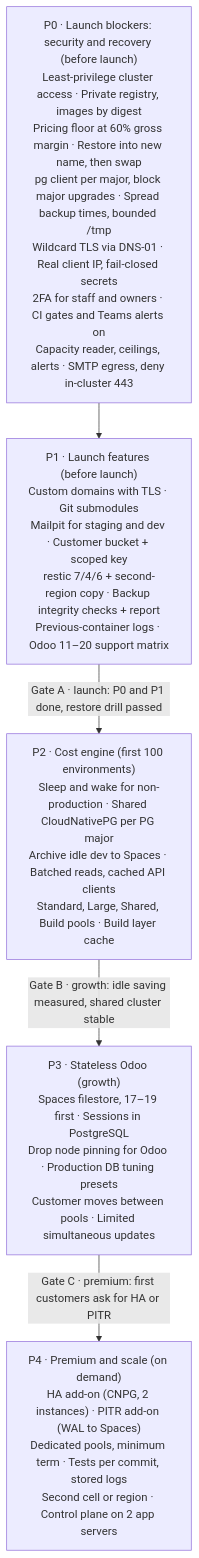
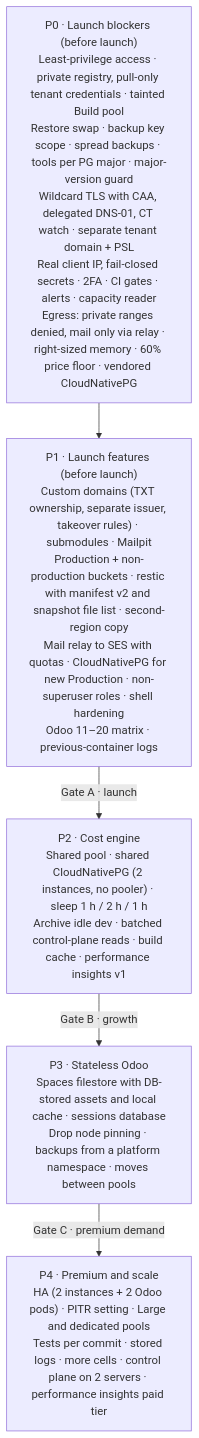
Before and after one commit to moutazmuhammad/odoo-saas-platform: the second of 2 diagrams in ARCHITECTURE-TARGET.md, drawn with Mermaid. The commit also changed other lines of this file and 1 other file, not shown here.

First line of the commit message:
Architecture revision 2: resolve eight review concerns, mail relay to SES, performance advisor

````diff
--- a/ARCHITECTURE-TARGET.md
+++ b/ARCHITECTURE-TARGET.md
@@ -308,12 +608,12 @@
 ```mermaid
 flowchart TD
-    P0["P0 · Launch blockers: security and recovery (before launch)<br/>Least-privilege cluster access · Private registry, images by digest<br/>Pricing floor at 60% gross margin · Restore into new name, then swap<br/>pg client per major, block major upgrades · Spread backup times, bounded /tmp<br/>Wildcard TLS via DNS-01 · Real client IP, fail-closed secrets<br/>2FA for staff and owners · CI gates and Teams alerts on<br/>Capacity reader, ceilings, alerts · SMTP egress, deny in-cluster 443"]
-    P1["P1 · Launch features (before launch)<br/>Custom domains with TLS · Git submodules<br/>Mailpit for staging and dev · Customer bucket + scoped key<br/>restic 7/4/6 + second-region copy · Backup integrity checks + report<br/>Previous-container logs · Odoo 11–20 support matrix"]
-    P2["P2 · Cost engine (first 100 environments)<br/>Sleep and wake for non-production · Shared CloudNativePG per PG major<br/>Archive idle dev to Spaces · Batched reads, cached API clients<br/>Standard, Large, Shared, Build pools · Build layer cache"]
-    P3["P3 · Stateless Odoo (growth)<br/>Spaces filestore, 17–19 first · Sessions in PostgreSQL<br/>Drop node pinning for Odoo · Production DB tuning presets<br/>Customer moves between pools · Limited simultaneous updates"]
-    P4["P4 · Premium and scale (on demand)<br/>HA add-on (CNPG, 2 instances) · PITR add-on (WAL to Spaces)<br/>Dedicated pools, minimum term · Tests per commit, stored logs<br/>Second cell or region · Control plane on 2 app servers"]
+    P0["P0 · Launch blockers (before launch)<br/>Least-privilege access · private registry, pull-only tenant credentials · tainted Build pool<br/>Restore swap · backup key scope · spread backups · tools per PG major · major-version guard<br/>Wildcard TLS with CAA, delegated DNS-01, CT watch · separate tenant domain + PSL<br/>Real client IP, fail-closed secrets · 2FA · CI gates · alerts · capacity reader<br/>Egress: private ranges denied, mail only via relay · right-sized memory · 60% price floor · vendored CloudNativePG"]
+    P1["P1 · Launch features (before launch)<br/>Custom domains (TXT ownership, separate issuer, takeover rules) · submodules · Mailpit<br/>Production + non-production buckets · restic with manifest v2 and snapshot file list · second-region copy<br/>Mail relay to SES with quotas · CloudNativePG for new Production · non-superuser roles · shell hardening<br/>Odoo 11–20 matrix · previous-container logs"]
+    P2["P2 · Cost engine<br/>Shared pool · shared CloudNativePG (2 instances, no pooler) · sleep 1 h / 2 h / 1 h<br/>Archive idle dev · batched control-plane reads · build cache · performance insights v1"]
+    P3["P3 · Stateless Odoo<br/>Spaces filestore with DB-stored assets and local cache · sessions database<br/>Drop node pinning · backups from a platform namespace · moves between pools"]
+    P4["P4 · Premium and scale<br/>HA (2 instances + 2 Odoo pods) · PITR setting · Large and dedicated pools<br/>Tests per commit · stored logs · more cells · control plane on 2 servers · performance insights paid tier"]
     P0 --> P1
-    P1 -- "Gate A · launch: P0 and P1 done, restore drill passed" --> P2
-    P2 -- "Gate B · growth: idle saving measured, shared cluster stable" --> P3
-    P3 -- "Gate C · premium: first customers ask for HA or PITR" --> P4
+    P1 -- "Gate A · launch" --> P2
+    P2 -- "Gate B · growth" --> P3
+    P3 -- "Gate C · premium demand" --> P4
 ```
````
